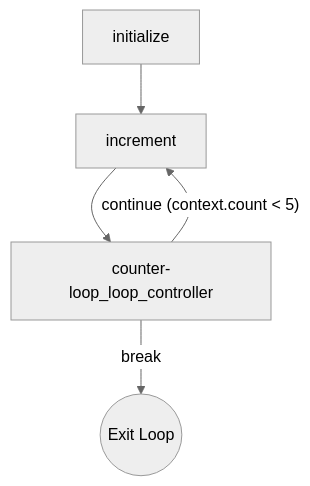
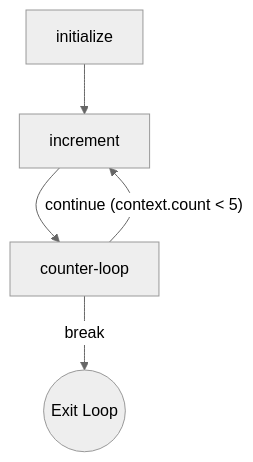
The diagram in docs/guide/loops.md (gorango/flowcraft), drawn with Mermaid (neutral theme) before and after one commit. The commit also changed other lines of this file and 4 other files, not shown here.

````diff
--- a/docs/guide/loops.md
+++ b/docs/guide/loops.md
@@ -60,7 +60,7 @@
 ```mermaid
 flowchart TD
 	initialize["initialize"] --> increment["increment"]
-	increment --> controller["counter-loop_loop_controller"]
+	increment --> controller["counter-loop"]
 	controller -- "continue (context.count < 5)" --> increment
 	controller -- "break" --> exit((Exit Loop))
 ```
````
